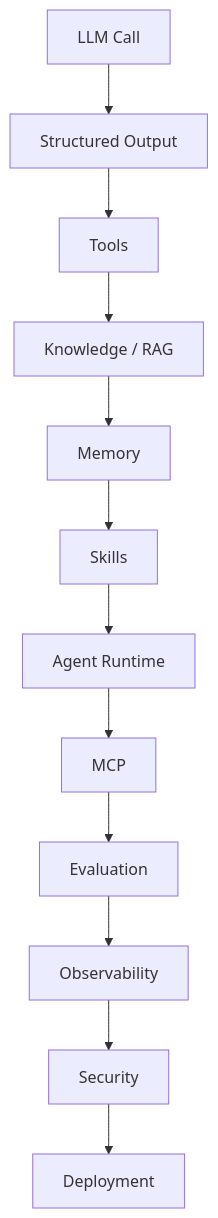
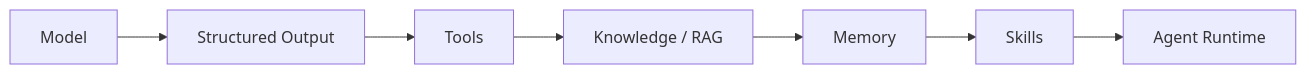
Before and after one commit to cagridursun/agentic-developer-handbook: the diagram in README.md, drawn with Mermaid. The commit also changed other lines of this file and 3 other files, not shown here.

````diff
--- a/README.md
+++ b/README.md
@@ -11,14 +13,4 @@
 ```mermaid
-flowchart TD
-    llm["LLM Call"] --> structured["Structured Output"]
-    structured --> tools["Tools"]
-    tools --> knowledge["Knowledge / RAG"]
-    knowledge --> memory["Memory"]
-    memory --> skills["Skills"]
-    skills --> runtime["Agent Runtime"]
-    runtime --> mcp["MCP"]
-    mcp --> evaluation["Evaluation"]
-    evaluation --> observability["Observability"]
-    observability --> security["Security"]
-    security --> deployment["Deployment"]
+flowchart LR
+    model["Model"] --> structured["Structured Output"] --> tools["Tools"] --> knowledge["Knowledge / RAG"] --> memory["Memory"] --> skills["Skills"] --> runtime["Agent Runtime"]
 ```
````
